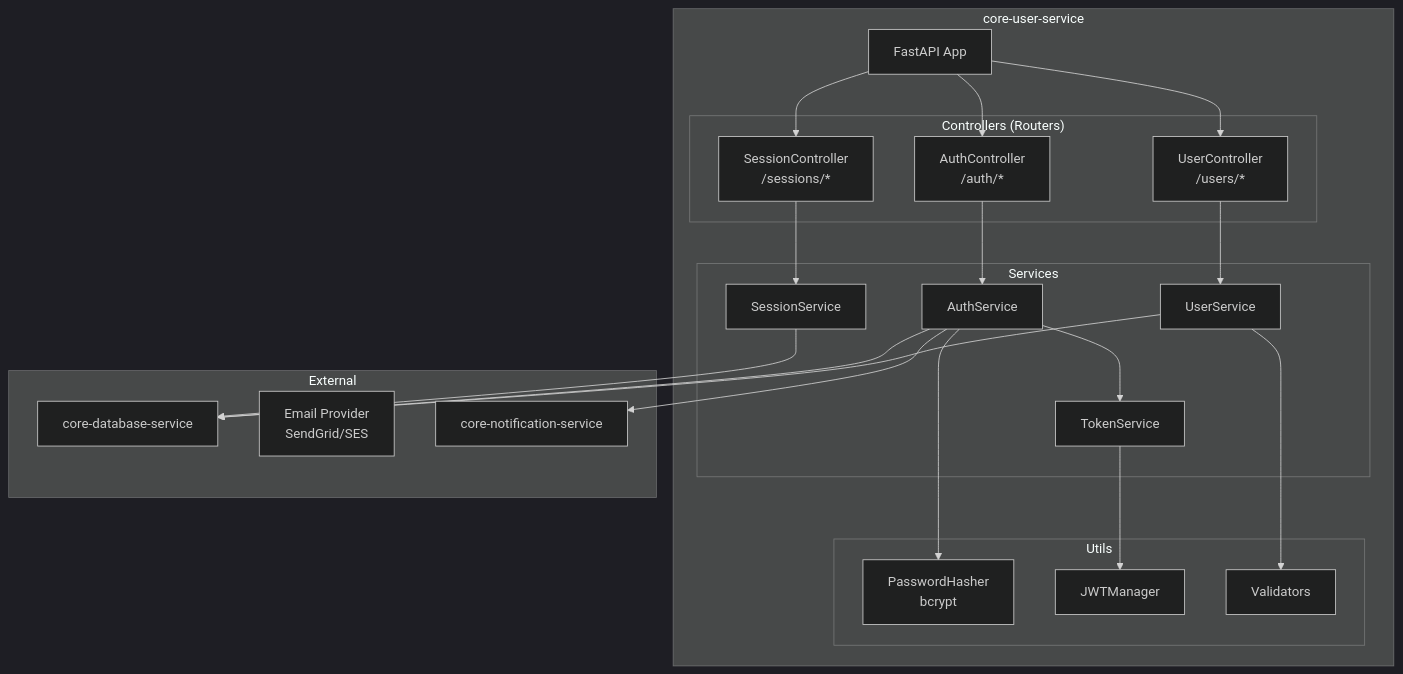
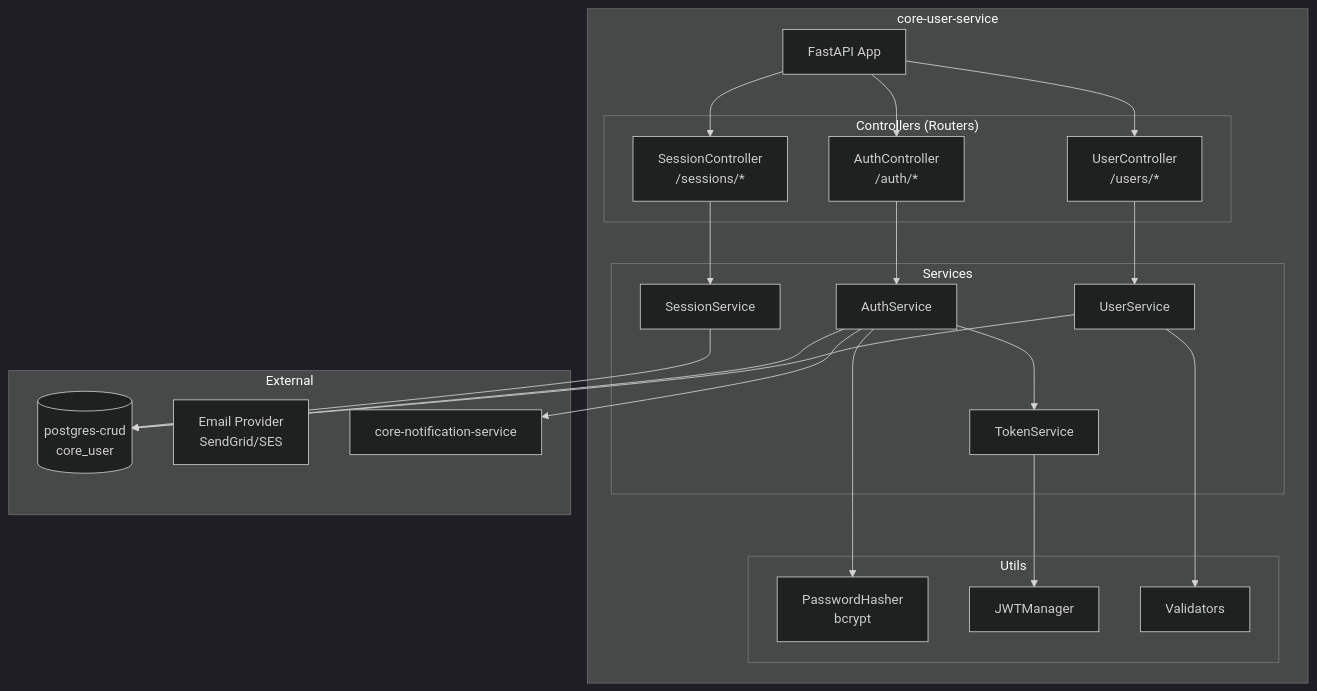
Before and after one commit to VisioBook-ESP/docs-architecture: the first of 6 diagrams in microservices/core-user-service.md, drawn with Mermaid (dark theme). The commit also changed other lines of this file and 15 other files, not shown here.

````diff
--- a/microservices/core-user-service.md
+++ b/microservices/core-user-service.md
@@ -22,50 +22,50 @@
 ```mermaid
 graph TB
     subgraph "core-user-service"
         API[FastAPI App]
 
         subgraph "Controllers (Routers)"
             AUTH[AuthController<br/>/auth/*]
             USER[UserController<br/>/users/*]
             SESSION[SessionController<br/>/sessions/*]
         end
 
         subgraph "Services"
             AUTH_SVC[AuthService]
             USER_SVC[UserService]
             TOKEN_SVC[TokenService]
             SESSION_SVC[SessionService]
         end
 
         subgraph "Utils"
             HASH[PasswordHasher<br/>bcrypt]
             JWT[JWTManager]
             VALID[Validators]
         end
     end
 
     subgraph "External"
-        DB[core-database-service]
+        PG[(postgres-crud<br/>core_user)]
         EMAIL[Email Provider<br/>SendGrid/SES]
         NOTIF[core-notification-service]
     end
 
     API --> AUTH
     API --> USER
     API --> SESSION
 
     AUTH --> AUTH_SVC
     USER --> USER_SVC
     SESSION --> SESSION_SVC
 
     AUTH_SVC --> TOKEN_SVC
     AUTH_SVC --> HASH
     USER_SVC --> VALID
 
     TOKEN_SVC --> JWT
-    SESSION_SVC --> DB
-    AUTH_SVC --> DB
-    USER_SVC --> DB
+    SESSION_SVC --> PG
+    AUTH_SVC --> PG
+    USER_SVC --> PG
 
     AUTH_SVC --> NOTIF
 ```
````
